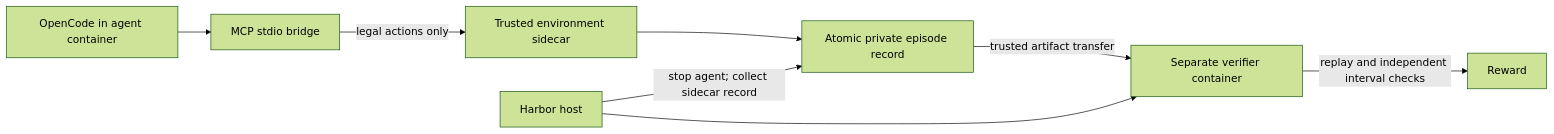
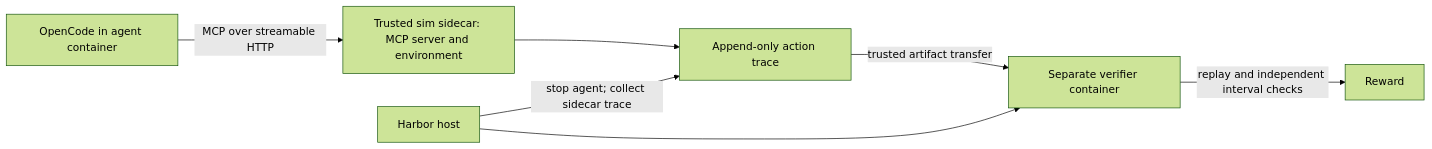
Before and after one commit to rmuthukumar23/junction: the diagram in docs/HARNESS.md, drawn with Mermaid (forest theme). The commit also changed other lines of this file and 194 other files, not shown here.

````diff
--- a/docs/HARNESS.md
+++ b/docs/HARNESS.md
@@ -19,10 +19,9 @@
 ```mermaid
 flowchart LR
-    A[OpenCode in agent container] --> B[MCP stdio bridge]
-    B -->|legal actions only| S[Trusted environment sidecar]
-    S --> R[Atomic private episode record]
-    H[Harbor host] -->|stop agent; collect sidecar record| R
+    A[OpenCode in agent container] -->|MCP over streamable HTTP| S[Trusted sim sidecar: MCP server and environment]
+    S --> R[Append-only action trace]
+    H[Harbor host] -->|stop agent; collect sidecar trace| R
     H --> V[Separate verifier container]
     R -->|trusted artifact transfer| V
     V -->|replay and independent interval checks| Q[Reward]
 ```
````
